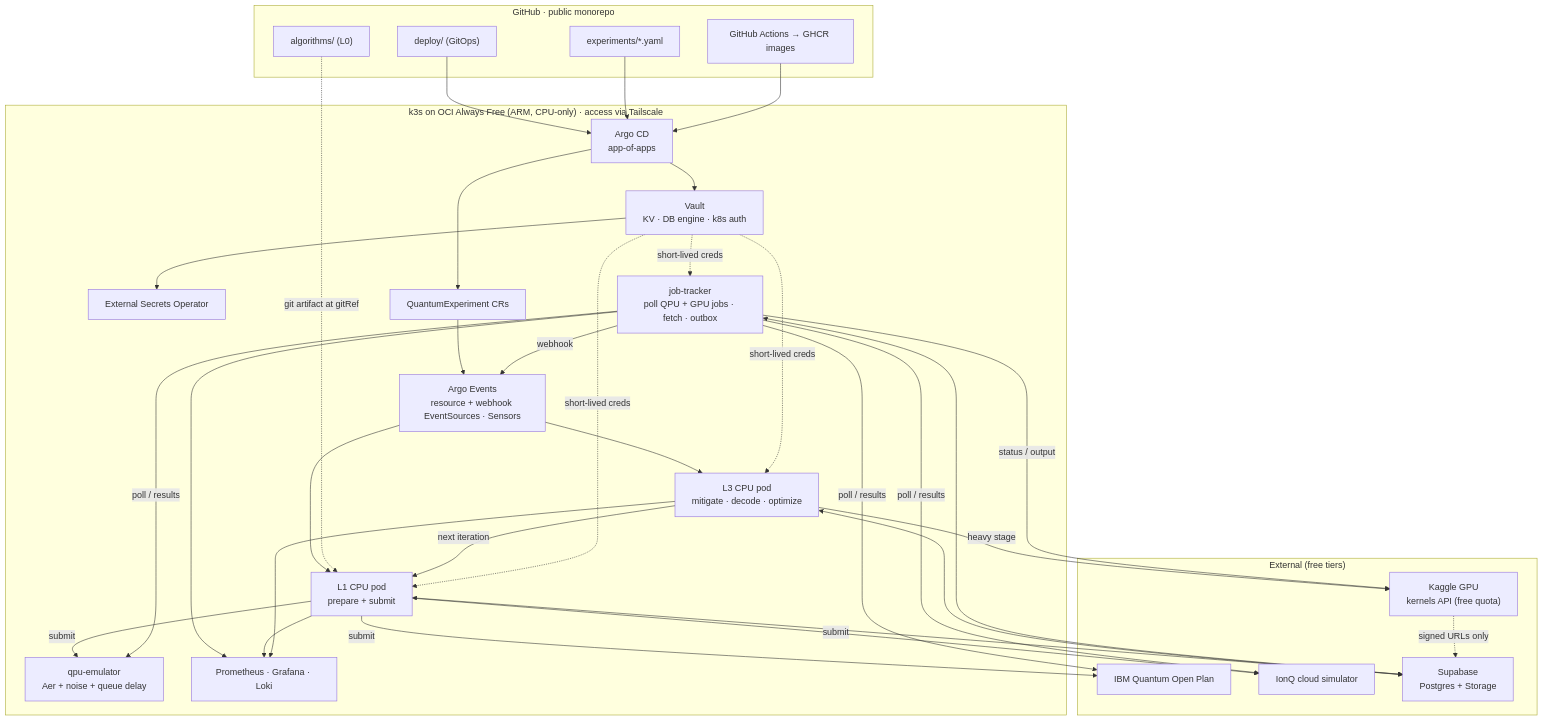
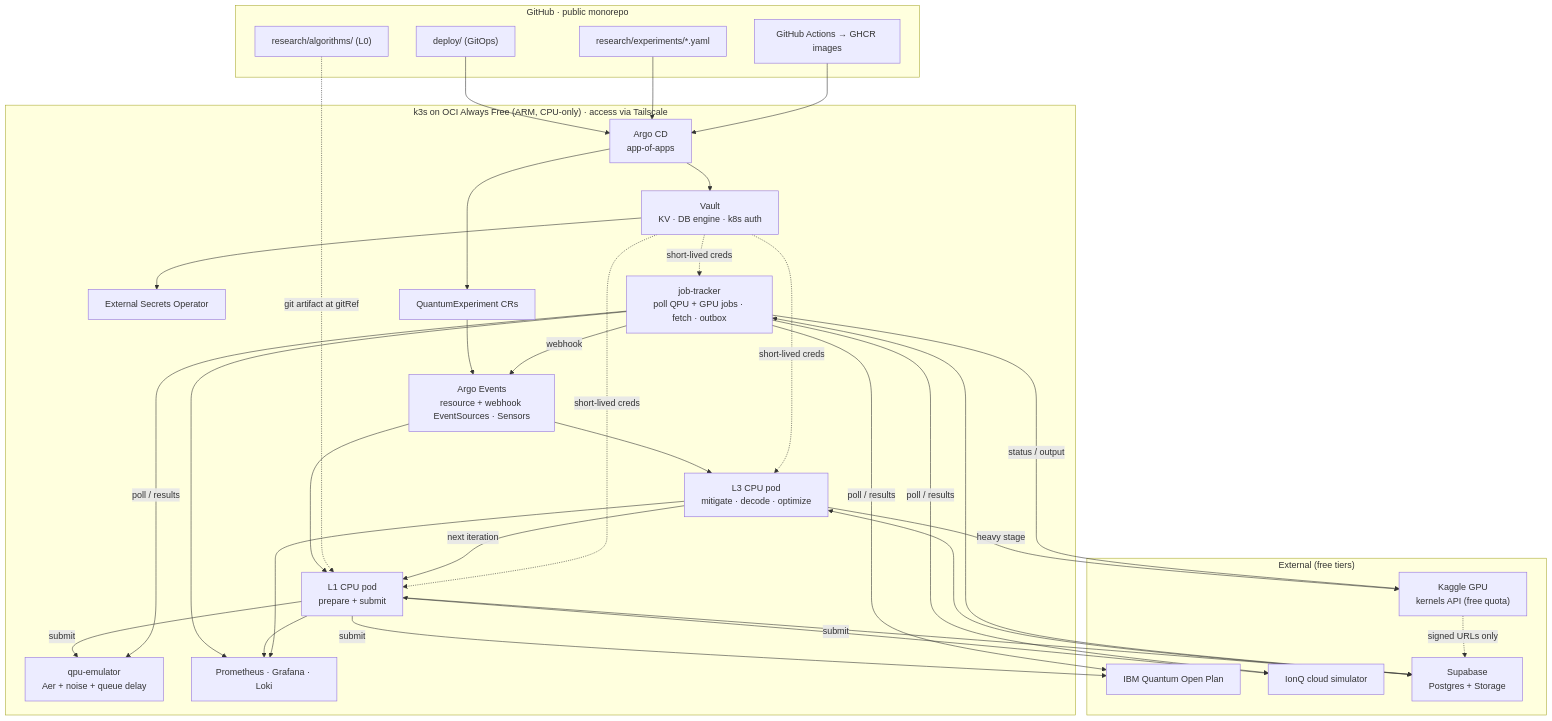
Before and after one commit to michael-attias123/QuantumOps: the first of 3 diagrams in docs/ARCHITECTURE.md, drawn with Mermaid. The commit also changed other lines of this file and 50 other files, not shown here.

````diff
--- a/docs/ARCHITECTURE.md
+++ b/docs/ARCHITECTURE.md
@@ -50,48 +50,48 @@
 ```mermaid
 flowchart TB
   subgraph GH["GitHub · public monorepo"]
-    ALG["algorithms/ (L0)"]
-    EXP["experiments/*.yaml"]
+    ALG["research/algorithms/ (L0)"]
+    EXP["research/experiments/*.yaml"]
     DEP["deploy/ (GitOps)"]
     CI["GitHub Actions → GHCR images"]
   end
 
   subgraph K8S["k3s on OCI Always Free (ARM, CPU-only) · access via Tailscale"]
     ARGOCD["Argo CD<br/>app-of-apps"]
     VAULT["Vault<br/>KV · DB engine · k8s auth"]
     ESO["External Secrets Operator"]
     QX["QuantumExperiment CRs"]
     EVS["Argo Events<br/>resource + webhook EventSources · Sensors"]
     L1["L1 CPU pod<br/>prepare + submit"]
     TRK["job-tracker<br/>poll QPU + GPU jobs · fetch · outbox"]
     EMU["qpu-emulator<br/>Aer + noise + queue delay"]
     L3["L3 CPU pod<br/>mitigate · decode · optimize"]
     OBS["Prometheus · Grafana · Loki"]
   end
 
   subgraph EXT["External (free tiers)"]
     IBM["IBM Quantum Open Plan"]
     IONQ["IonQ cloud simulator"]
     SUPA["Supabase<br/>Postgres + Storage"]
     KAG["Kaggle GPU<br/>kernels API (free quota)"]
   end
 
   DEP --> ARGOCD
   EXP --> ARGOCD
   CI --> ARGOCD
   ARGOCD --> QX
   ARGOCD --> VAULT
   VAULT --> ESO
   QX --> EVS --> L1
   ALG -. "git artifact at gitRef" .-> L1
   L1 -- submit --> IBM & IONQ & EMU
   TRK -- poll / results --> IBM & IONQ & EMU
   TRK -- webhook --> EVS --> L3
   L3 -- "heavy stage" --> KAG
   TRK -- "status / output" --> KAG
   KAG -. "signed URLs only" .-> SUPA
   L3 -- "next iteration" --> L1
   L1 & L3 & TRK <--> SUPA
   VAULT -. "short-lived creds" .-> L1 & L3 & TRK
   TRK & L1 & L3 --> OBS
 ```
````
